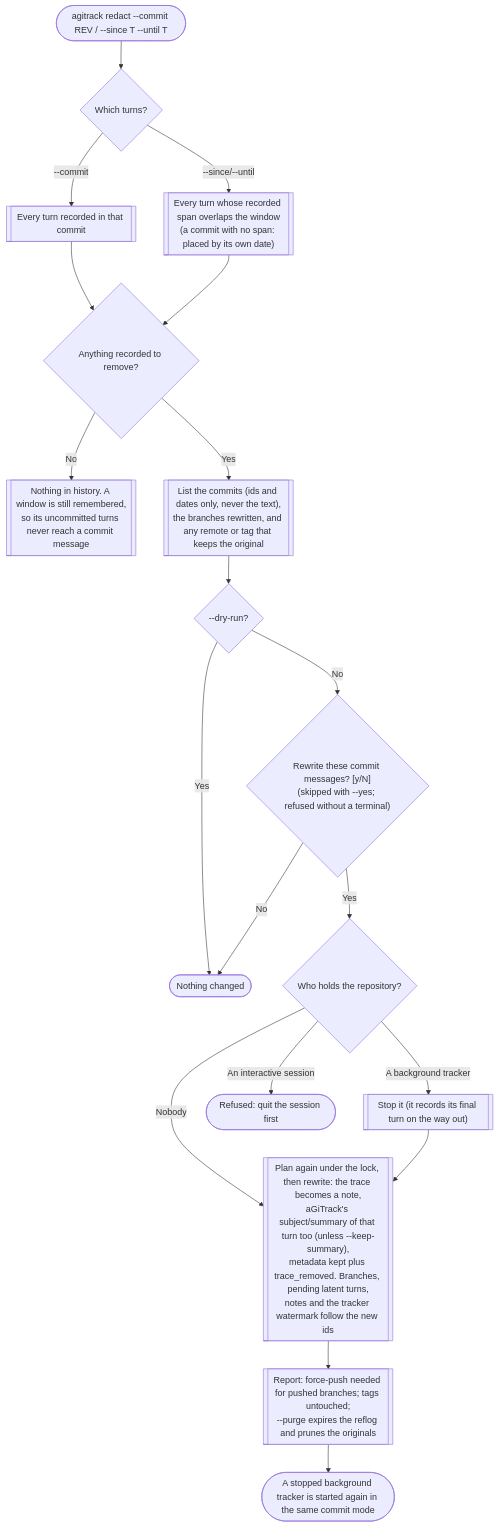
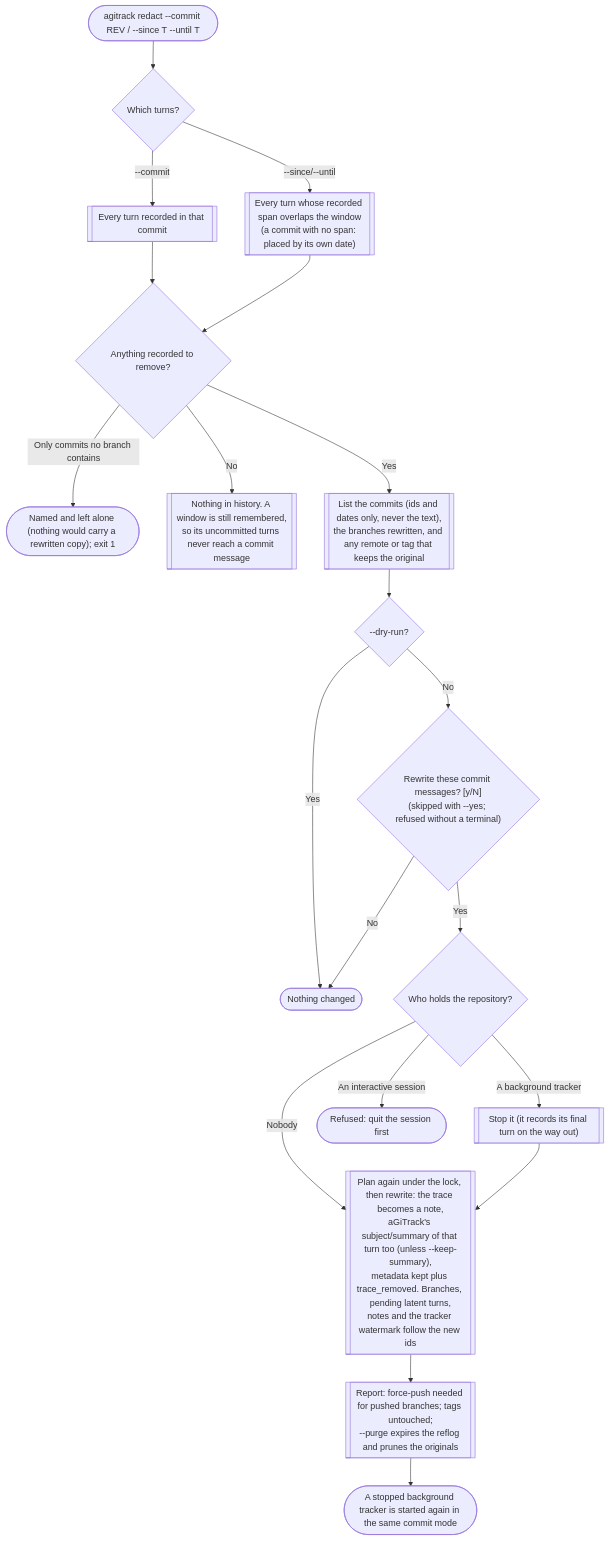
Diagram 15 of 23 in docs/user-flow.md (core-aix/agitrack), drawn with Mermaid before and after one commit. The commit also changed other lines of this file and 13 other files, not shown here.

````diff
--- a/docs/user-flow.md
+++ b/docs/user-flow.md
@@ -705,21 +707,22 @@
 ```mermaid
 flowchart TD
   cmd(["agitrack redact --commit REV / --since T --until T"]) --> sel{"Which turns?"}
   sel -->|"--commit"| all[["Every turn recorded in that commit"]]
   sel -->|"--since/--until"| win[["Every turn whose recorded span overlaps the window<br/>(a commit with no span: placed by its own date)"]]
   all --> any{"Anything recorded to remove?"}
   win --> any
+  any -->|"Only commits no branch contains"| orphan(["Named and left alone (nothing would carry a rewritten copy); exit 1"])
   any -->|No| remember[["Nothing in history. A window is still remembered,<br/>so its uncommitted turns never reach a commit message"]]
   any -->|Yes| show[["List the commits (ids and dates only, never the text),<br/>the branches rewritten, and any remote or tag that keeps the original"]]
   show --> dry{"--dry-run?"}
   dry -->|Yes| done0(["Nothing changed"])
   dry -->|No| ask{"Rewrite these commit messages? [y/N]<br/>(skipped with --yes; refused without a terminal)"}
   ask -->|No| done0
   ask -->|Yes| lock{"Who holds the repository?"}
   lock -->|"Nobody"| rewrite
   lock -->|"A background tracker"| pause[["Stop it (it records its final turn on the way out)"]] --> rewrite
   lock -->|"An interactive session"| refuse(["Refused: quit the session first"])
   rewrite[["Plan again under the lock, then rewrite: the trace becomes a note,<br/>aGiTrack's subject/summary of that turn too (unless --keep-summary),<br/>metadata kept plus trace_removed. Branches, pending latent turns,<br/>notes and the tracker watermark follow the new ids"]]
   rewrite --> report[["Report: force-push needed for pushed branches; tags untouched;<br/>--purge expires the reflog and prunes the originals"]]
   report --> restart(["A stopped background tracker is started again in the same commit mode"])
 ```
````
